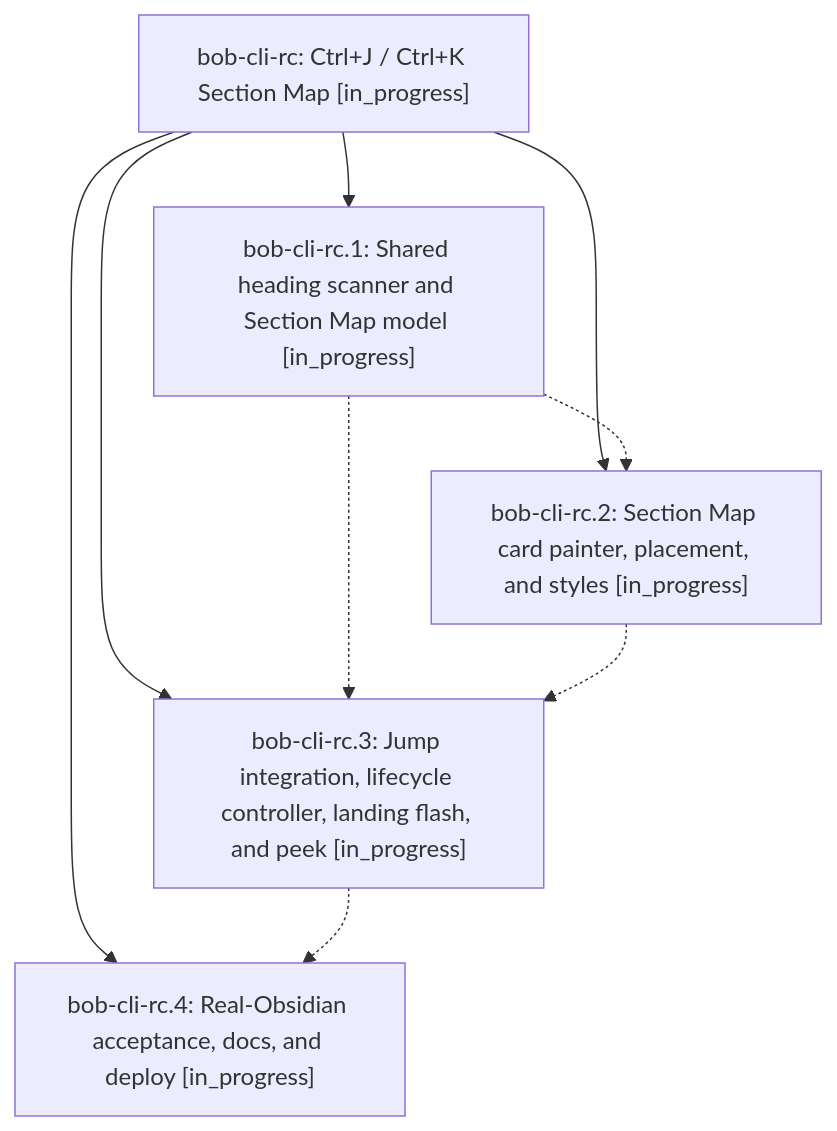
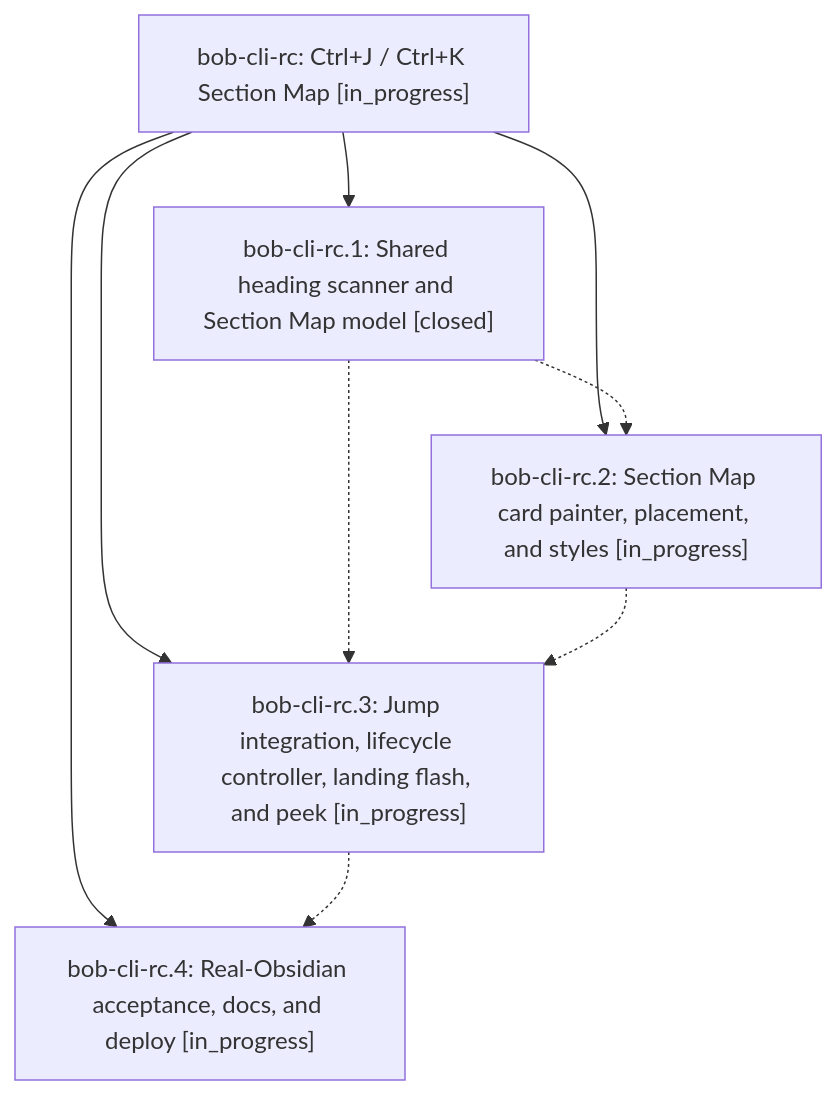
The diagram in pages/bob-cli-rc/README.md (bobs-org/bob-cli--beads), drawn with Mermaid before and after one commit. The commit also changed other lines of this file and 3 other files, not shown here.

First line of the commit message:
chore(beads): sync bead state and pages for bob-cli-rc

````diff
--- a/pages/bob-cli-rc/README.md
+++ b/pages/bob-cli-rc/README.md
@@ -25,16 +25,16 @@
 ```mermaid
 flowchart TD
     n0["bob-cli-rc: Ctrl+J / Ctrl+K Section Map [in_progress]"]
-    n1["bob-cli-rc.1: Shared heading scanner and Section Map model [in_progress]"]
+    n1["bob-cli-rc.1: Shared heading scanner and Section Map model [closed]"]
     n2["bob-cli-rc.2: Section Map card painter, placement, and styles [in_progress]"]
     n3["bob-cli-rc.3: Jump integration, lifecycle controller, landing flash, and peek [in_progress]"]
     n4["bob-cli-rc.4: Real-Obsidian acceptance, docs, and deploy [in_progress]"]
     n0 --> n1
     n0 --> n2
     n0 --> n3
     n0 --> n4
     n1 -.-> n2
     n1 -.-> n3
     n2 -.-> n3
     n3 -.-> n4
 ```
````
